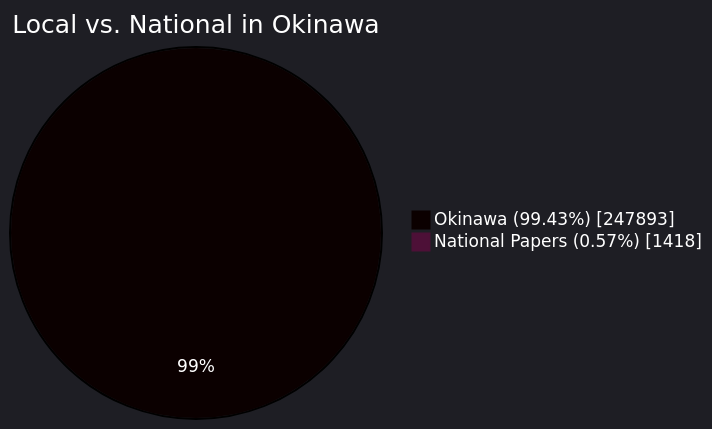
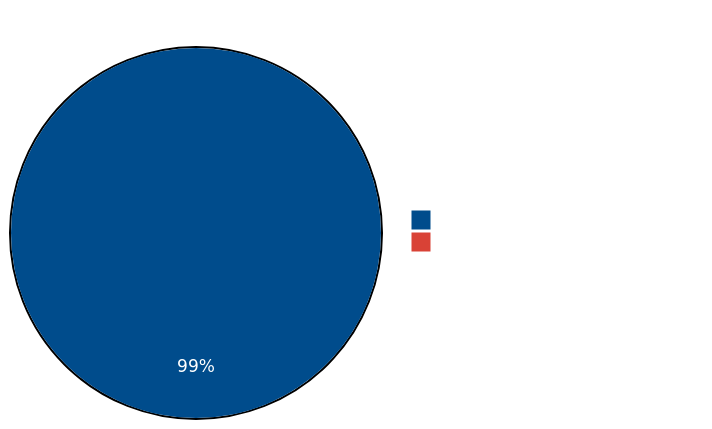
Before and after one commit to lisiki-jp/okinawa_gametheory: the second of 2 diagrams in README.md, drawn with Mermaid.

````diff
--- a/README.md
+++ b/README.md
@@ -27,16 +27,21 @@
 ```mermaid
 %%{init: {
-  "theme": "dark",
+  "theme": "base",
   "themeVariables": {
+    "darkMode": true,
+    "background": "#1a1a1a",
+    "primaryTextColor": "#ffffff",
     "pieTitleTextColor": "#ffffff",
     "pieLegendTextColor": "#ffffff",
     "pieSectionTextColor": "#ffffff",
+    "pie1": "#004c8c",
+    "pie2": "#d94236",
     "pieStrokeWidth": "0px",
     "pieOpacity": "1"
   }
 }}%%
 pie showData
     title Local vs. National in Okinawa
     "Okinawa (99.43%)" : 247893
     "National Papers (0.57%)" : 1418
 ```
````
